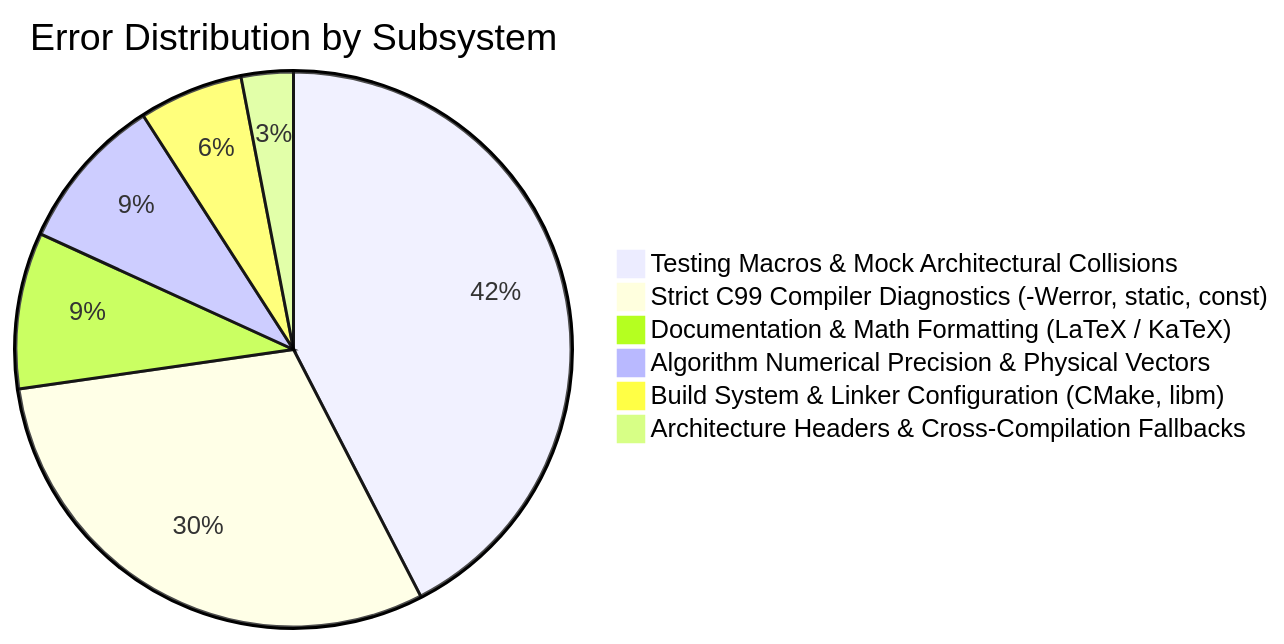
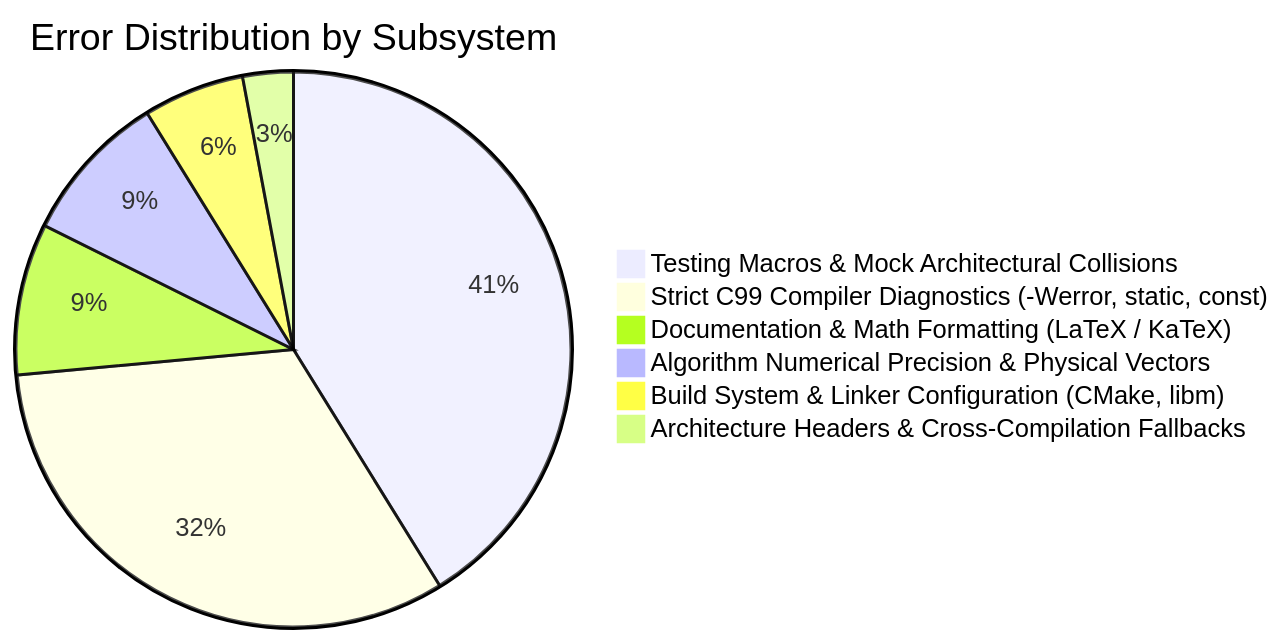
The diagram in context/errors/README.md (Thejus26/rain-predict), drawn with Mermaid before and after one commit. The commit also changed other lines of this file and 2 other files, not shown here.

Commit message:
fix(sdi12): resolve ERR-034 missing static prototypes in test_sdi12.c

````diff
--- a/context/errors/README.md
+++ b/context/errors/README.md
@@ -49,9 +50,9 @@
 ```mermaid
 pie title Error Distribution by Subsystem
     "Testing Macros & Mock Architectural Collisions" : 14
-    "Strict C99 Compiler Diagnostics (-Werror, static, const)" : 10
+    "Strict C99 Compiler Diagnostics (-Werror, static, const)" : 11
     "Documentation & Math Formatting (LaTeX / KaTeX)" : 3
     "Algorithm Numerical Precision & Physical Vectors" : 3
     "Build System & Linker Configuration (CMake, libm)" : 2
     "Architecture Headers & Cross-Compilation Fallbacks" : 1
 ```
````
